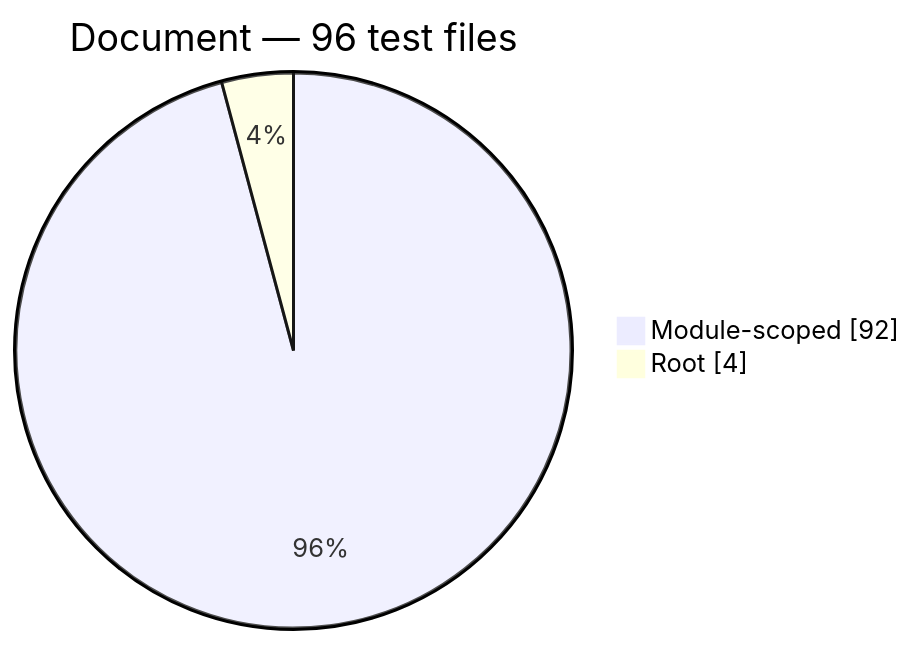
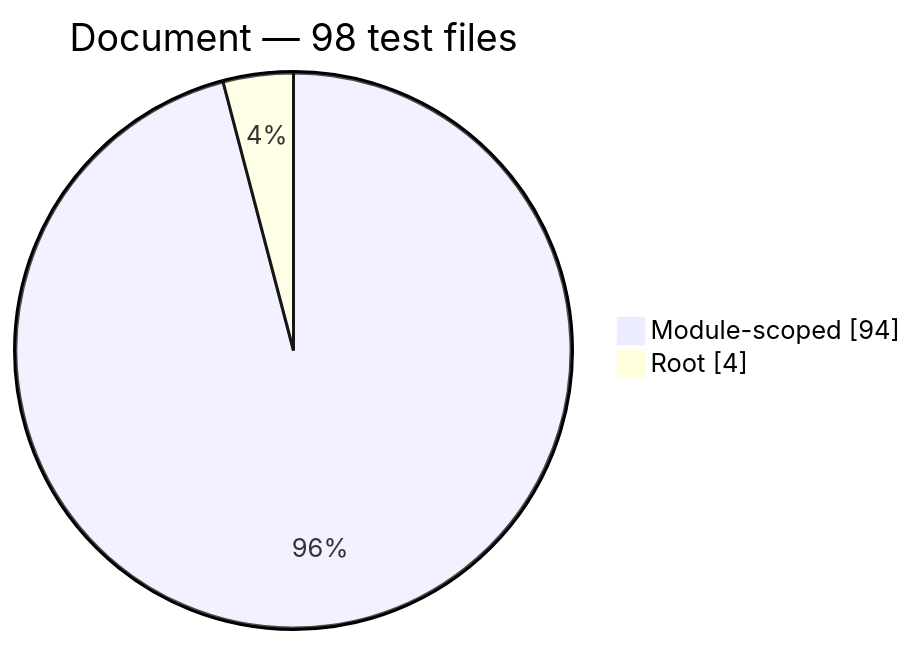
Before and after one commit to PHP-Arazzo/php-arazzo: the fourth of 13 diagrams in docs/generated/test-composition.md, drawn with Mermaid. The commit also changed other lines of this file and 43 other files, not shown here.

````diff
--- a/docs/generated/test-composition.md
+++ b/docs/generated/test-composition.md
@@ -60,6 +60,6 @@
 ```mermaid
 pie showData
-    title Document — 96 test files
-    "Module-scoped": 92
+    title Document — 98 test files
+    "Module-scoped": 94
     "Root": 4
 ```
````
